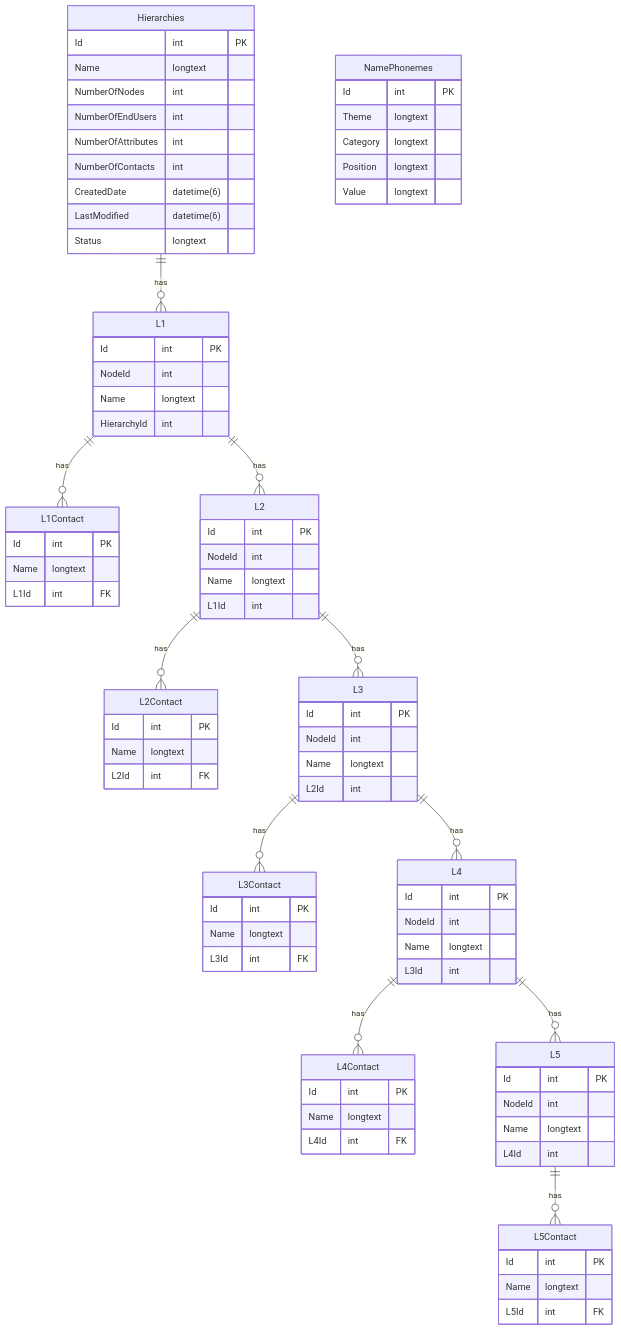
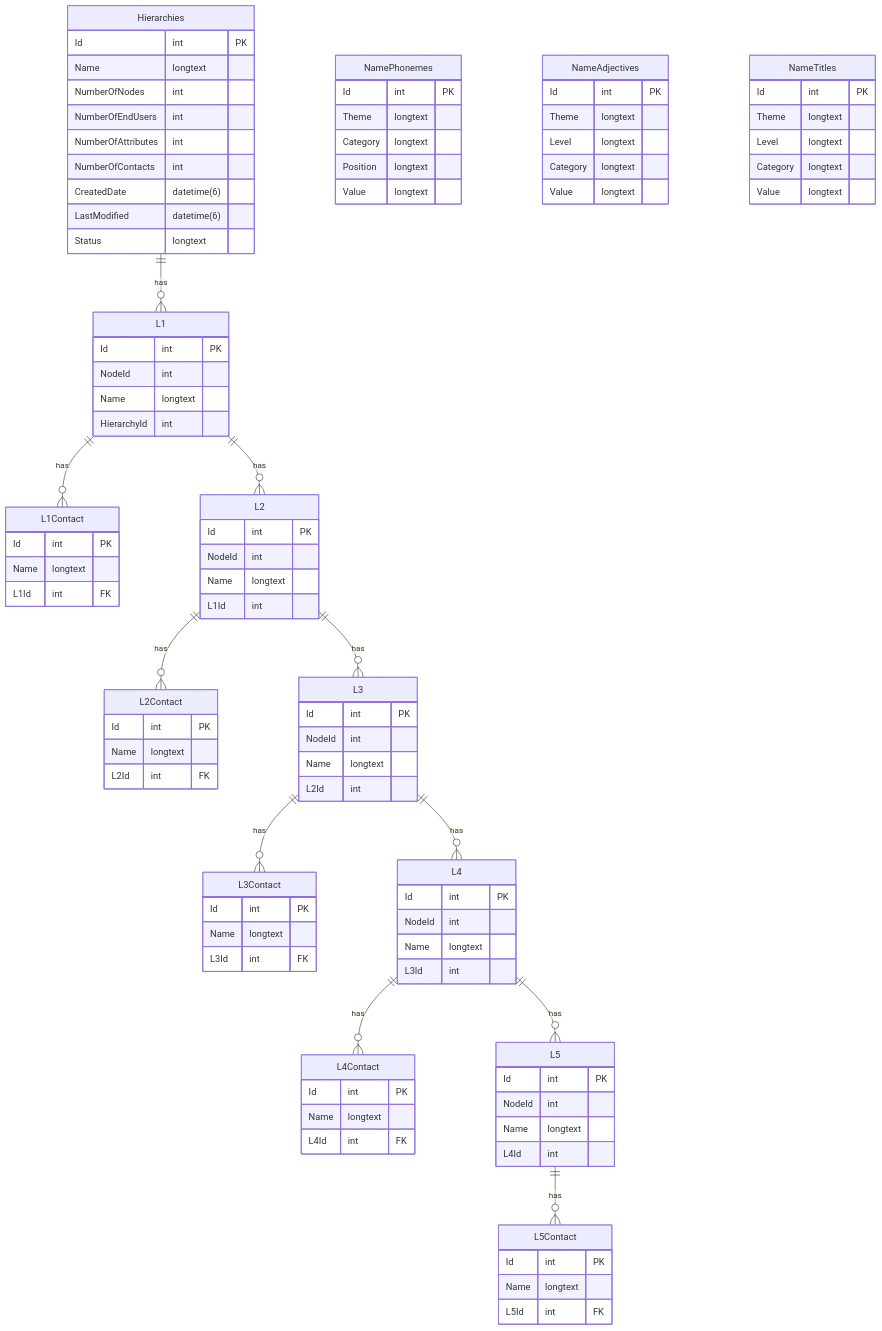
One commit to SandraTheSorceress/HierarchyGenerator changed the diagram in HierarchyGeneratorDatabase/README.md. Above: the diagram before and after it, drawn with Mermaid. The commit also changed 7 other files, not shown here.

Commit message:
#71 Moved NameAdjectives and NameTitles from C# code to new database tables.

```diff
--- a/HierarchyGeneratorDatabase/README.md
+++ b/HierarchyGeneratorDatabase/README.md
@@ -51,6 +51,22 @@
         Theme longtext
         Category longtext
         Position longtext
+        Value longtext
+    }
+
+    NameAdjectives {
+        Id	int PK
+        Theme longtext
+        Level longtext
+        Category longtext
+        Value longtext
+    }
+
+    NameTitles {
+        Id	int PK
+        Theme longtext
+        Level longtext
+        Category longtext
         Value longtext
     }
 
```
